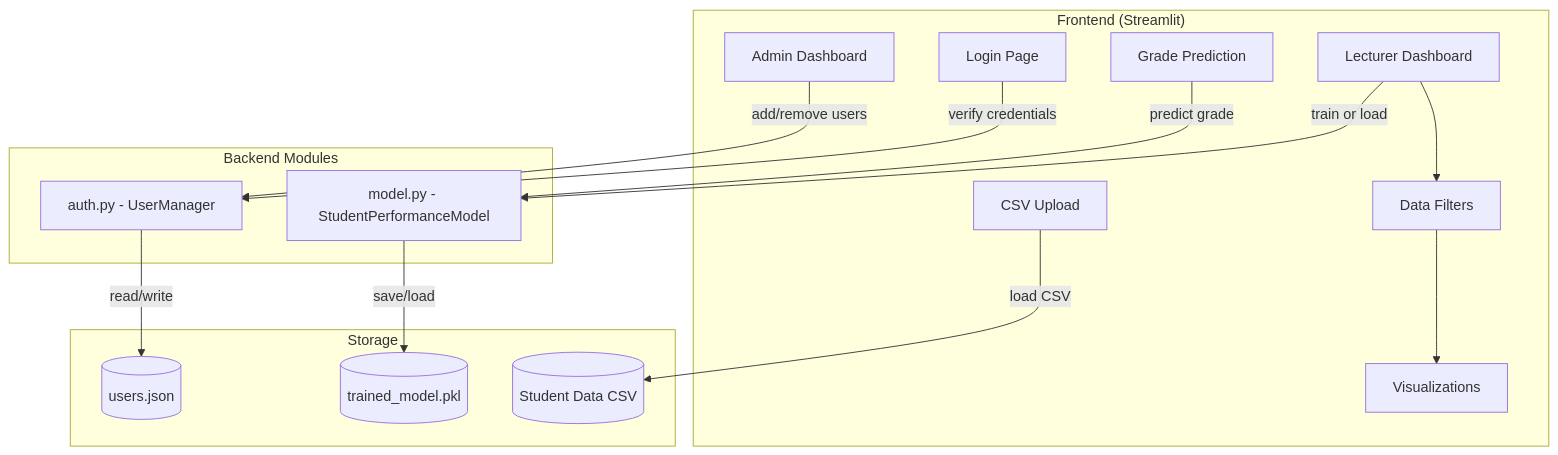
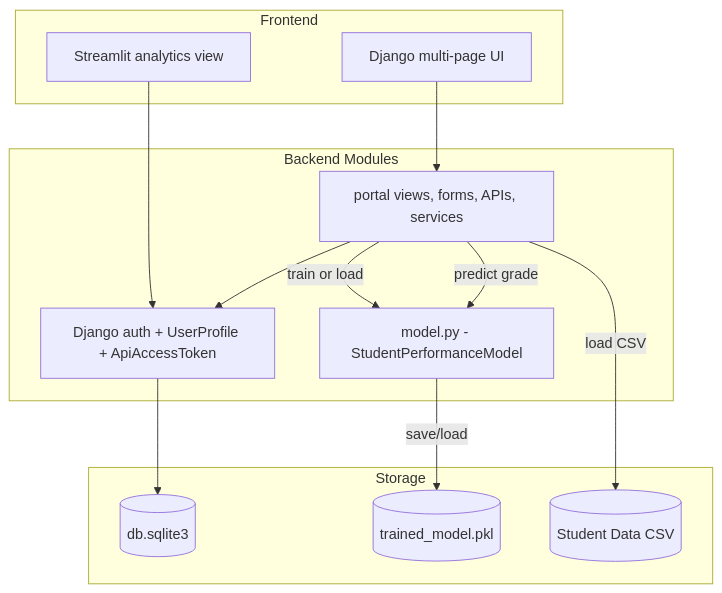
One commit to AliffIkhmal/student_performance_prediction changed the first of 3 diagrams in ARCHITECTURE.md. Above: the diagram before and after it, drawn with Mermaid. The commit also changed other lines of this file and 39 other files, not shown here.

First line of the commit message:
feat: Django portal with dark mode, intervention tracking, and bento UI

````diff
--- a/ARCHITECTURE.md
+++ b/ARCHITECTURE.md
@@ -26,35 +32,29 @@
 ```mermaid
 graph TB
-    subgraph Frontend["Frontend (Streamlit)"]
-        LOGIN[Login Page]
-        ADMIN[Admin Dashboard]
-        LECTURER[Lecturer Dashboard]
-        UPLOAD[CSV Upload]
-        FILTERS[Data Filters]
-        CHARTS[Visualizations]
-        PREDICT[Grade Prediction]
+    subgraph Frontend["Frontend"]
+        DJANGO_UI[Django multi-page UI]
+        STREAMLIT_UI[Streamlit analytics view]
     end
 
     subgraph Backend["Backend Modules"]
-        AUTH[auth.py - UserManager]
+        DJANGO_AUTH[Django auth + UserProfile + ApiAccessToken]
         MODEL[model.py - StudentPerformanceModel]
+        PORTAL[portal views, forms, APIs, services]
     end
 
     subgraph Storage["Storage"]
-        USERS_JSON[(users.json)]
+        SQLITE[(db.sqlite3)]
         MODEL_PKL[(trained_model.pkl)]
         CSV[(Student Data CSV)]
     end
 
-    LOGIN -->|verify credentials| AUTH
-    ADMIN -->|add/remove users| AUTH
-    AUTH -->|read/write| USERS_JSON
+    DJANGO_UI --> PORTAL
+    STREAMLIT_UI --> DJANGO_AUTH
+    PORTAL --> DJANGO_AUTH
+    DJANGO_AUTH --> SQLITE
 
-    UPLOAD -->|load CSV| CSV
-    LECTURER -->|train or load| MODEL
+    PORTAL -->|load CSV| CSV
+    PORTAL -->|train or load| MODEL
     MODEL -->|save/load| MODEL_PKL
-    PREDICT -->|predict grade| MODEL
-
-    LECTURER --> FILTERS
-    FILTERS --> CHARTS
+    PORTAL -->|predict grade| MODEL
 ```
````
